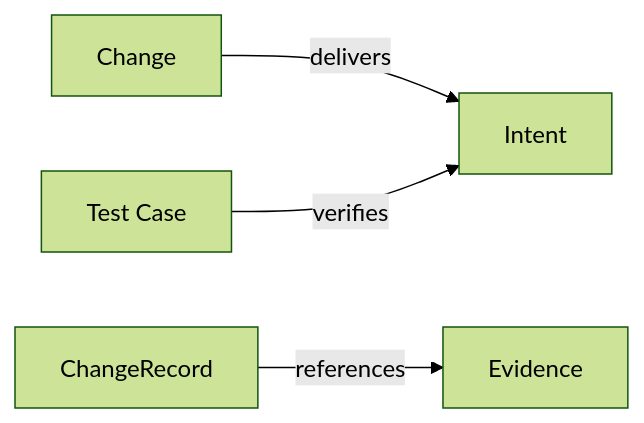
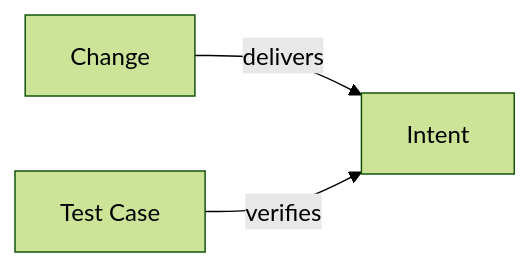
The diagram in engineering/metamodel/views/default.md (Kai-Hacks-AI/KAAL), drawn with Mermaid (forest theme) before and after one commit. The commit also changed other lines of this file and 13 other files, not shown here.

````diff
--- a/engineering/metamodel/views/default.md
+++ b/engineering/metamodel/views/default.md
@@ -12,6 +14,5 @@
 ```mermaid
 flowchart LR
   Change -->|delivers| Intent
   TestCase["Test Case"] -->|verifies| Intent
-  ChangeRecord -->|references| Evidence
 ```
````
